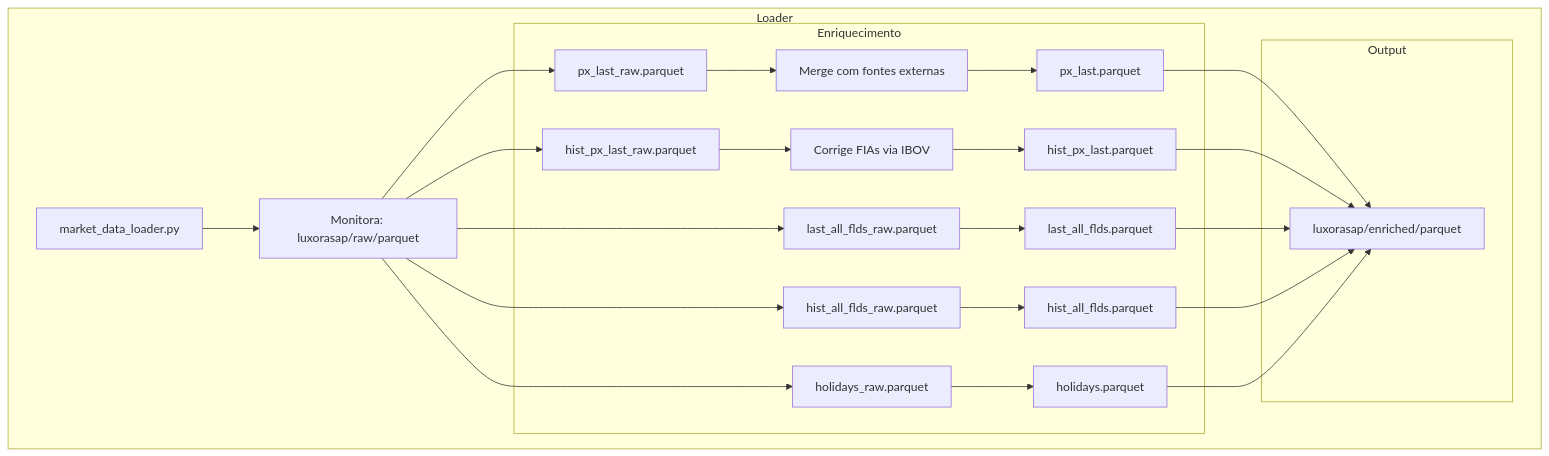
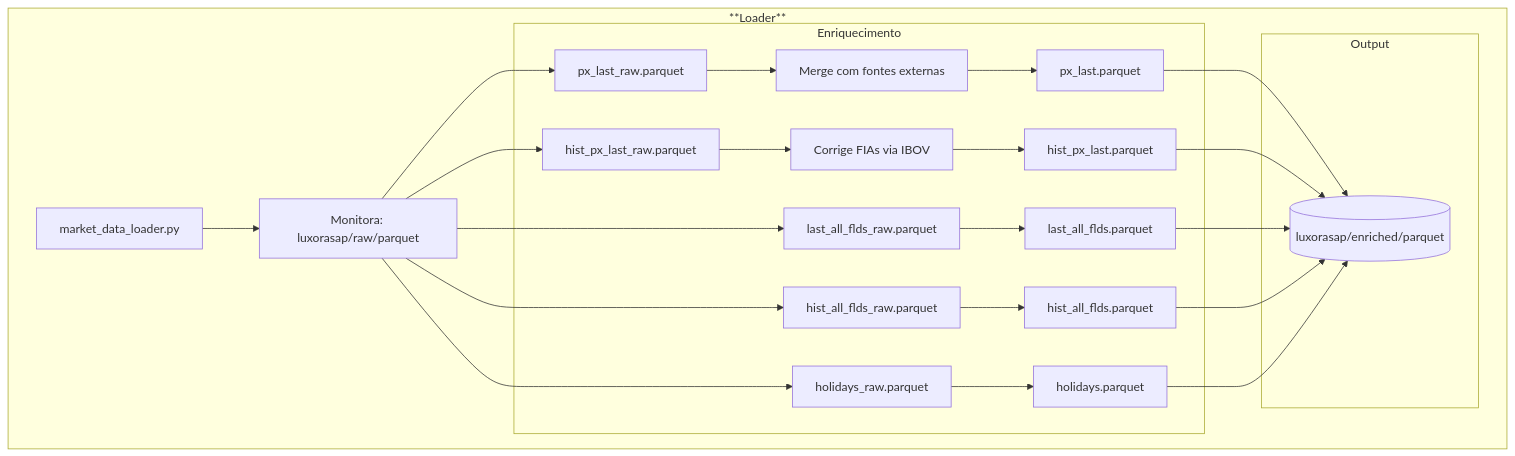
Before and after one commit to luxorinvestimentos/luxorasap-onedrive-docs: the fourth of 4 diagrams in docs/architecture/bloomberg_data_pipeline.md, drawn with Mermaid. The commit also changed other lines of this file and 2 other files, not shown here.

````diff
--- a/docs/architecture/bloomberg_data_pipeline.md
+++ b/docs/architecture/bloomberg_data_pipeline.md
@@ -84,26 +83,26 @@
 ```mermaid
 flowchart TD
-  subgraph Loader
+  subgraph **Loader**
     ML["market_data_loader.py"]
     ML --> M1["Monitora: luxorasap/raw/parquet"]
     M1 --> px_raw["px_last_raw.parquet"]
     M1 --> hist_px["hist_px_last_raw.parquet"]
     M1 --> fld_raw["last_all_flds_raw.parquet"]
     M1 --> hist_fld["hist_all_flds_raw.parquet"]
     M1 --> hol_raw["holidays_raw.parquet"]
 
     subgraph Enriquecimento
       px_raw --> Merge["Merge com fontes externas"]
       Merge --> px["px_last.parquet"]
       hist_px --> Ajuste["Corrige FIAs via IBOV"]
       Ajuste --> hpx["hist_px_last.parquet"]
       fld_raw --> lfld["last_all_flds.parquet"]
       hist_fld --> hfld["hist_all_flds.parquet"]
       hol_raw --> hol["holidays.parquet"]
     end
 
     subgraph Output
-      px & hpx & lfld & hfld & hol --> E["luxorasap/enriched/parquet"]
+      px & hpx & lfld & hfld & hol --> E[("luxorasap/enriched/parquet")]
     end
   end
 ```
````
